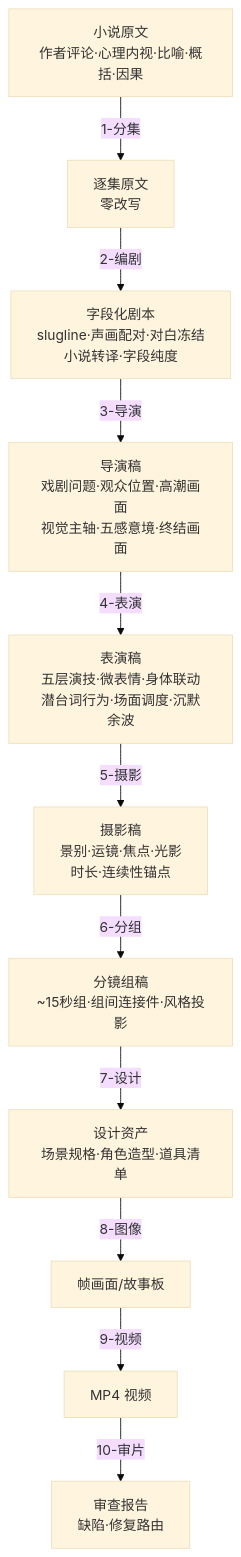
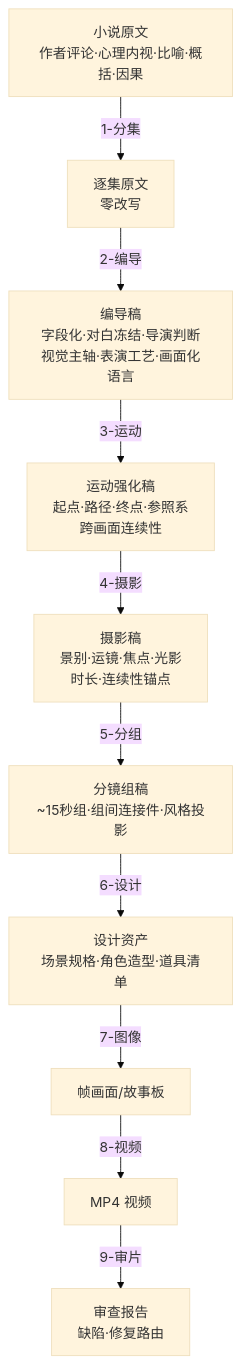
Before and after one commit to ZEN-VOID/AI-CUT: the second of 2 diagrams in .agents/skills/aigc/CONTEXT.md, drawn with Mermaid (base theme). The commit also changed other lines of this file and 1070 other files, not shown here.

````diff
--- a/.agents/skills/aigc/CONTEXT.md
+++ b/.agents/skills/aigc/CONTEXT.md
@@ -100,13 +98,12 @@
 ```mermaid
 flowchart TD
     N["小说原文<br/>作者评论·心理内视·比喻·概括·因果"] -->|"1-分集"| A["逐集原文<br/>零改写"]
-    A -->|"2-编剧"| B["字段化剧本<br/>slugline·声画配对·对白冻结<br/>小说转译·字段纯度"]
-    B -->|"3-导演"| C["导演稿<br/>戏剧问题·观众位置·高潮画面<br/>视觉主轴·五感意境·终结画面"]
-    C -->|"4-表演"| D["表演稿<br/>五层演技·微表情·身体联动<br/>潜台词行为·场面调度·沉默余波"]
-    D -->|"5-摄影"| E["摄影稿<br/>景别·运镜·焦点·光影<br/>时长·连续性锚点"]
-    E -->|"6-分组"| F["分镜组稿<br/>~15秒组·组间连接件·风格投影"]
-    F -->|"7-设计"| G["设计资产<br/>场景规格·角色造型·道具清单"]
-    G -->|"8-图像"| H["帧画面/故事板"]
-    H -->|"9-视频"| I["MP4 视频"]
-    I -->|"10-审片"| J["审查报告<br/>缺陷·修复路由"]
+    A -->|"2-编导"| B["编导稿<br/>字段化·对白冻结·导演判断<br/>视觉主轴·表演工艺·画面化语言"]
+    B -->|"3-运动"| C["运动强化稿<br/>起点·路径·终点·参照系<br/>跨画面连续性"]
+    C -->|"4-摄影"| E["摄影稿<br/>景别·运镜·焦点·光影<br/>时长·连续性锚点"]
+    E -->|"5-分组"| F["分镜组稿<br/>~15秒组·组间连接件·风格投影"]
+    F -->|"6-设计"| G["设计资产<br/>场景规格·角色造型·道具清单"]
+    G -->|"7-图像"| H["帧画面/故事板"]
+    H -->|"8-视频"| I["MP4 视频"]
+    I -->|"9-审片"| J["审查报告<br/>缺陷·修复路由"]
 ```
````
